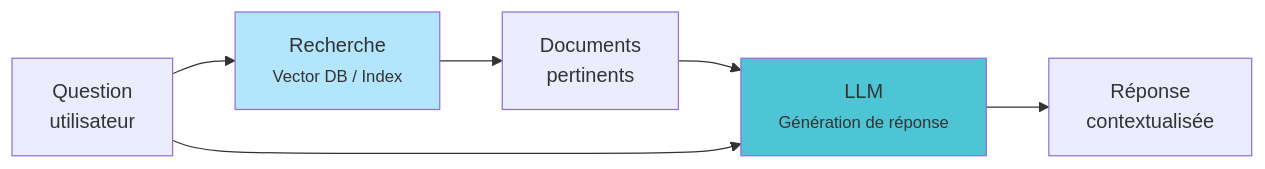
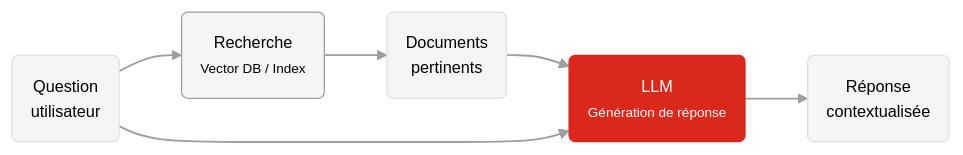
One commit to MediaComem/comem-infradon changed the fourth of 5 diagrams in cours/09-architectures-modernes.md. Above: the diagram before and after it, drawn with Mermaid. The commit also changed other lines of this file and 1 other file, not shown here.

Commit message:
change style of diagrams

````diff
--- a/cours/09-architectures-modernes.md
+++ b/cours/09-architectures-modernes.md
@@ -464,11 +477,17 @@
 ```mermaid {scale: 0.6}
+%%{init: {'theme': 'base', 'themeVariables': {'primaryColor': '#f5f5f5', 'primaryTextColor': '#000', 'primaryBorderColor': '#e0e0e0', 'lineColor': '#9e9e9e', 'fontFamily': 'Roboto', 'fontSize': '13px'}}}%%
 graph LR
-    A["Question<br/>utilisateur"] --> B["Recherche<br/><small>Vector DB / Index</small>"]
-    B --> C["Documents<br/>pertinents"]
-    C --> D["LLM<br/><small>Génération de réponse</small>"]
+    A("Question<br/>utilisateur") --> B("Recherche<br/><small>Vector DB / Index</small>")
+    B --> C("Documents<br/>pertinents")
+    C --> D("LLM<br/><small>Génération de réponse</small>")
     A --> D
-    D --> E["Réponse<br/>contextualisée"]
+    D --> E("Réponse<br/>contextualisée")
 
-    style B fill:#b3e5fc
-    style D fill:#4EC5D4
+    style A fill:#f5f5f5,stroke:#e0e0e0,color:#000
+    style B fill:#f5f5f5,stroke:#9e9e9e,color:#000
+    style C fill:#f5f5f5,stroke:#e0e0e0,color:#000
+    style D fill:#DA291C,stroke:#DA291C,color:#fff
+    style E fill:#f5f5f5,stroke:#e0e0e0,color:#000
+
+    linkStyle default stroke:#9e9e9e,stroke-width:1.5px
 ```
````
